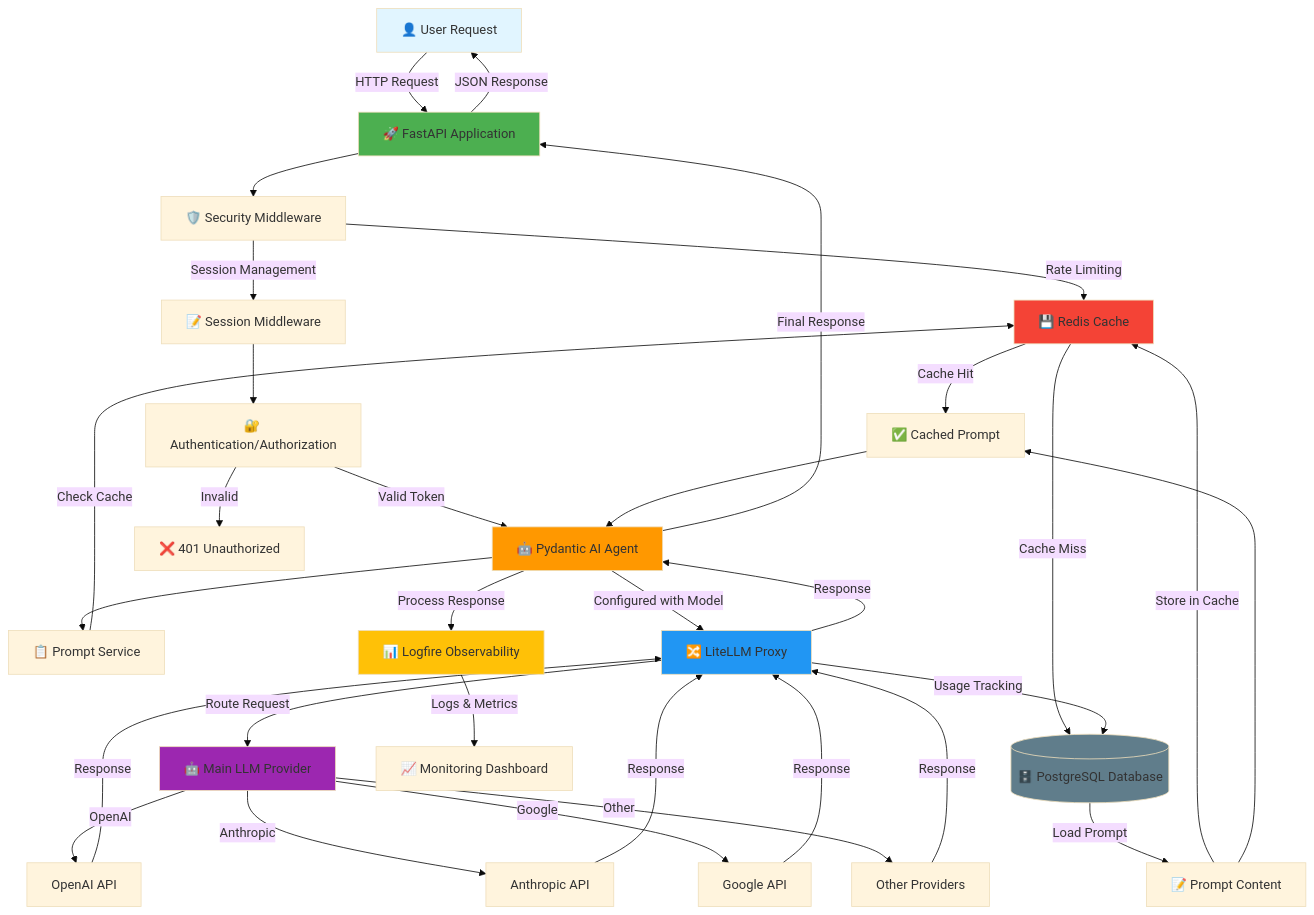
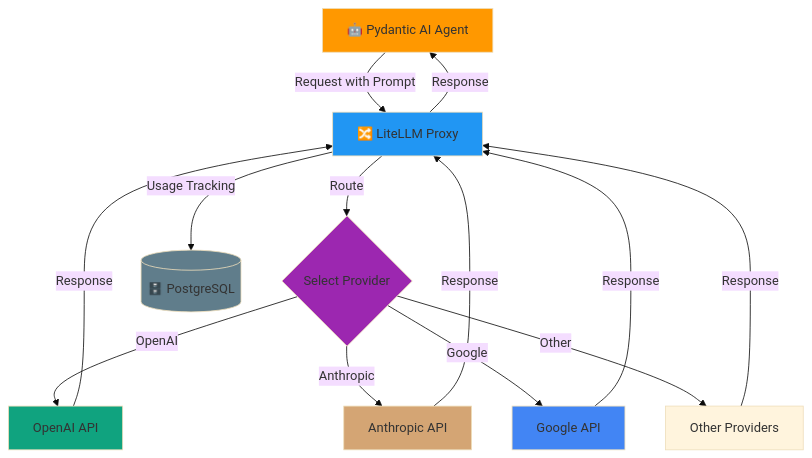
Before and after one commit to m7mdhka/pydantic-ai-production-ready-template: the fourth of 5 diagrams in README.md, drawn with Mermaid (base theme). The commit also changed other lines of this file, not shown here.

````diff
--- a/README.md
+++ b/README.md
@@ -9,53 +93,27 @@
 ```mermaid
 graph TB
-    User[👤 User Request] -->|HTTP Request| FastAPI[🚀 FastAPI Application]
+    Agent[🤖 Pydantic AI Agent] -->|Request with Prompt| LiteLLM[🔀 LiteLLM Proxy]
 
-    FastAPI --> Security[🛡️ Security Middleware]
-    Security -->|Rate Limiting| RedisCache[💾 Redis Cache]
-    Security -->|Session Management| Session[📝 Session Middleware]
+    LiteLLM -->|Route| Router{Select Provider}
 
-    Session --> Auth[🔐 Authentication/Authorization]
-    Auth -->|Valid Token| Agent[🤖 Pydantic AI Agent]
-    Auth -->|Invalid| Error1[❌ 401 Unauthorized]
-
-    Agent --> PromptService[📋 Prompt Service]
-    PromptService -->|Check Cache| RedisCache
-    RedisCache -->|Cache Hit| PromptCache[✅ Cached Prompt]
-    RedisCache -->|Cache Miss| Database[(🗄️ PostgreSQL Database)]
-
-    Database -->|Load Prompt| PromptDB[📝 Prompt Content]
-    PromptDB -->|Store in Cache| RedisCache
-    PromptDB --> PromptCache
-
-    PromptCache --> Agent
-    Agent -->|Configured with Model| LiteLLM[🔀 LiteLLM Proxy]
-
-    LiteLLM -->|Route Request| LLMProvider[🤖 Main LLM Provider]
-    LLMProvider -->|OpenAI| OpenAI[OpenAI API]
-    LLMProvider -->|Anthropic| Anthropic[Anthropic API]
-    LLMProvider -->|Google| Google[Google API]
-    LLMProvider -->|Other| Other[Other Providers]
+    Router -->|OpenAI| OpenAI[OpenAI API]
+    Router -->|Anthropic| Anthropic[Anthropic API]
+    Router -->|Google| Google[Google API]
+    Router -->|Other| Other[Other Providers]
 
     OpenAI -->|Response| LiteLLM
     Anthropic -->|Response| LiteLLM
     Google -->|Response| LiteLLM
     Other -->|Response| LiteLLM
 
-    LiteLLM -->|Usage Tracking| Database
+    LiteLLM -->|Usage Tracking| DB[(🗄️ PostgreSQL)]
     LiteLLM -->|Response| Agent
 
-    Agent -->|Process Response| Logfire[📊 Logfire Observability]
-    Logfire -->|Logs & Metrics| Monitoring[📈 Monitoring Dashboard]
-
-    Agent -->|Final Response| FastAPI
-    FastAPI -->|JSON Response| User
-
-    style User fill:#e1f5ff
-    style FastAPI fill:#4CAF50
     style Agent fill:#FF9800
     style LiteLLM fill:#2196F3
-    style LLMProvider fill:#9C27B0
-    style Database fill:#607D8B
-    style RedisCache fill:#F44336
-    style Logfire fill:#FFC107
+    style Router fill:#9C27B0
+    style OpenAI fill:#10A37F
+    style Anthropic fill:#D4A574
+    style Google fill:#4285F4
+    style DB fill:#607D8B
 ```
````
